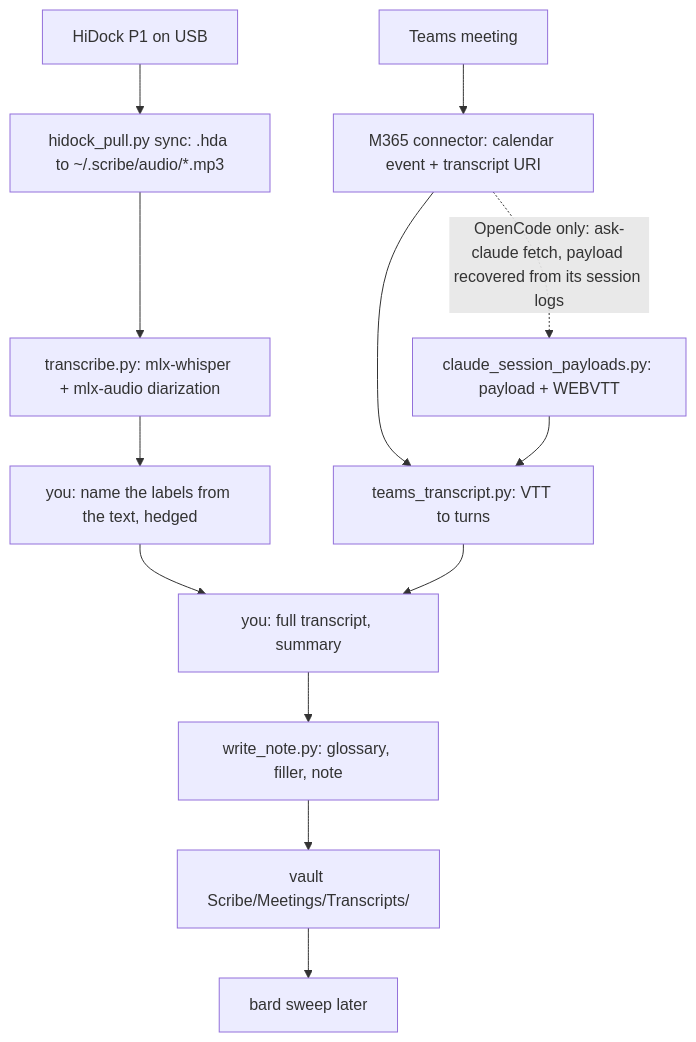
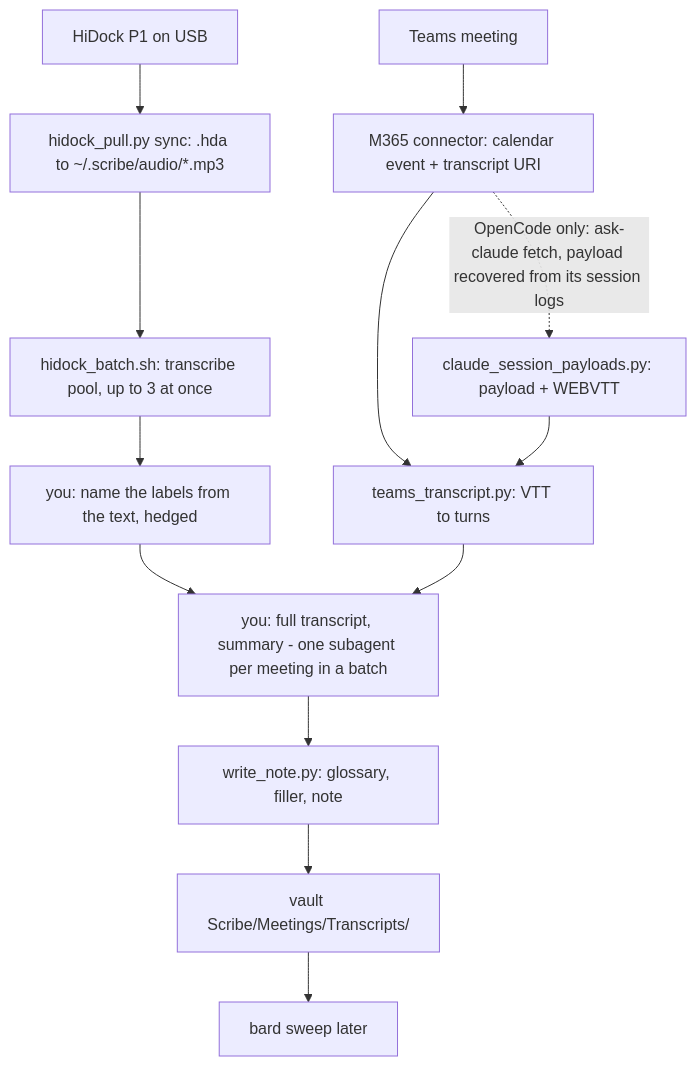
The diagram in scribe/SKILL.md (acastro2/alex-skills), drawn with Mermaid before and after one commit. The commit also changed other lines of this file and 5 other files, not shown here.

````diff
--- a/scribe/SKILL.md
+++ b/scribe/SKILL.md
@@ -23,15 +23,15 @@
 ```mermaid
 graph TD
   T[Teams meeting] --> T2[M365 connector: calendar event + transcript URI]
   T2 --> P1[teams_transcript.py: VTT to turns]
   T2 -.OpenCode only: ask-claude fetch, payload recovered from its session logs.-> S[claude_session_payloads.py: payload + WEBVTT]
   S --> P1
   H[HiDock P1 on USB] --> H2[hidock_pull.py sync: .hda to ~/.scribe/audio/*.mp3]
-  H2 --> H3[transcribe.py: mlx-whisper + mlx-audio diarization]
+  H2 --> H3[hidock_batch.sh: transcribe pool, up to 3 at once]
   H3 --> H4[you: name the labels from the text, hedged]
-  H4 --> C[you: full transcript, summary]
+  H4 --> C[you: full transcript, summary - one subagent per meeting in a batch]
   P1 --> C
   C --> W[write_note.py: glossary, filler, note]
   W --> O[vault Scribe/Meetings/Transcripts/]
   O --> B[bard sweep later]
 ```
````
